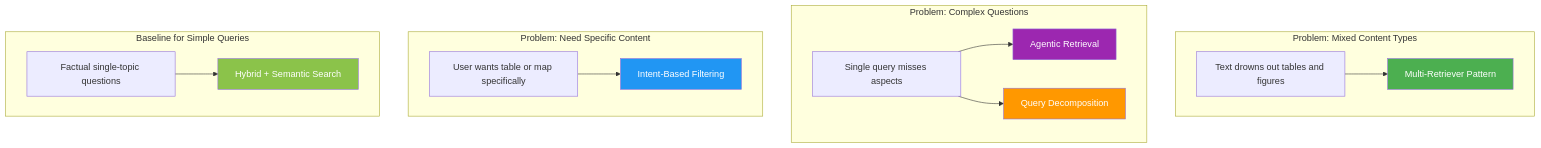
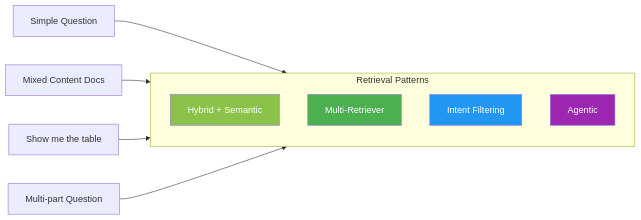
One commit to roie9876/RAG-WorkShop changed diagram 12 of 18 in modules/module-5-search/README.md. Above: the diagram before and after it, drawn with Mermaid. The commit also changed other lines of this file, not shown here.

````diff
--- a/modules/module-5-search/README.md
+++ b/modules/module-5-search/README.md
@@ -571,29 +497,20 @@
 ```mermaid
-flowchart TB
-    subgraph Problem1[Problem: Mixed Content Types]
-        P1[Text drowns out tables and figures]
-        P1 --> S1[Multi-Retriever Pattern]
+flowchart LR
+    subgraph PATTERNS[Retrieval Patterns]
+        direction TB
+        P1[Hybrid + Semantic]
+        P2[Multi-Retriever]
+        P3[Intent Filtering]
+        P4[Agentic]
     end
     
-    subgraph Problem2[Problem: Complex Questions]
-        P2[Single query misses aspects]
-        P2 --> S2[Agentic Retrieval]
-        P2 --> S2b[Query Decomposition]
-    end
+    Q1[Simple Question] --> P1
+    Q2[Mixed Content Docs] --> P2
+    Q3[Show me the table] --> P3
+    Q4[Multi-part Question] --> P4
     
-    subgraph Problem3[Problem: Need Specific Content]
-        P3[User wants table or map specifically]
-        P3 --> S3[Intent-Based Filtering]
-    end
-    
-    subgraph Baseline[Baseline for Simple Queries]
-        B1[Factual single-topic questions]
-        B1 --> BS[Hybrid + Semantic Search]
-    end
-    
-    style S1 fill:#4caf50,color:#fff
-    style S2 fill:#9c27b0,color:#fff
-    style S2b fill:#ff9800,color:#fff
-    style S3 fill:#2196f3,color:#fff
-    style BS fill:#8bc34a,color:#fff
+    style P1 fill:#8bc34a,color:#fff
+    style P2 fill:#4caf50,color:#fff
+    style P3 fill:#2196f3,color:#fff
+    style P4 fill:#9c27b0,color:#fff
 ```
````
